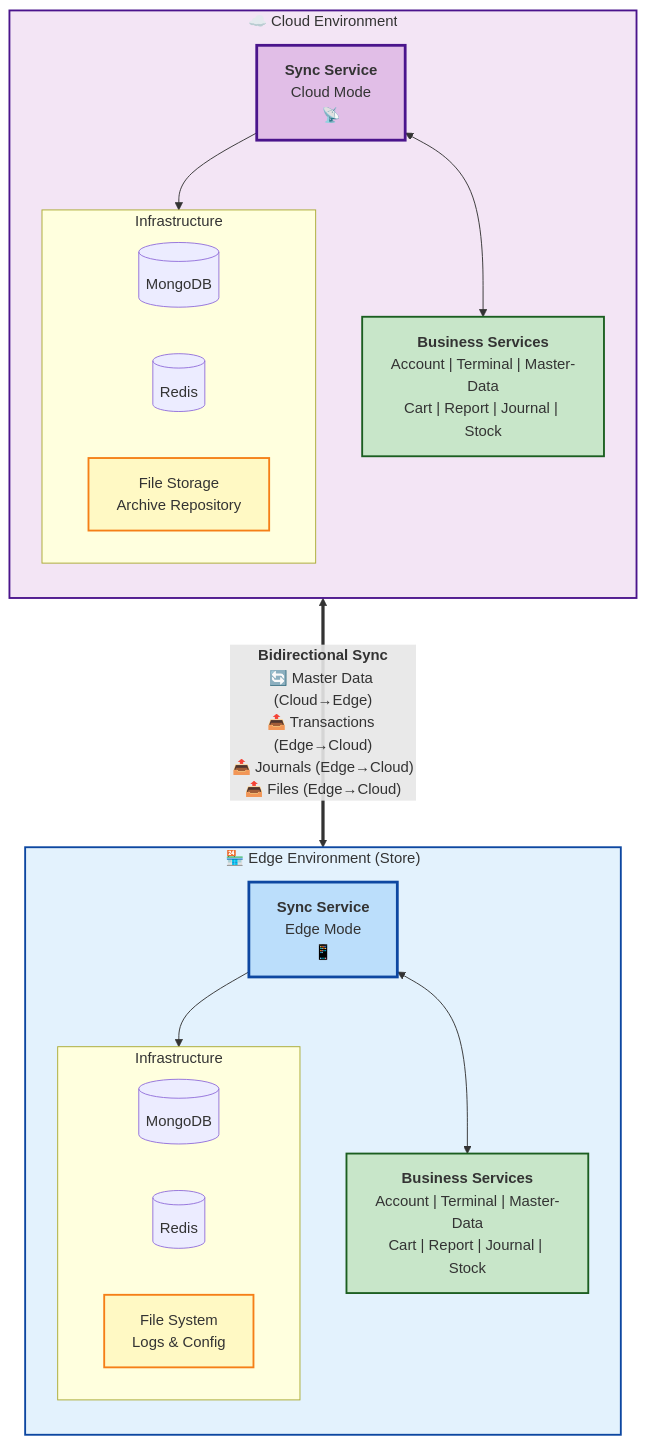
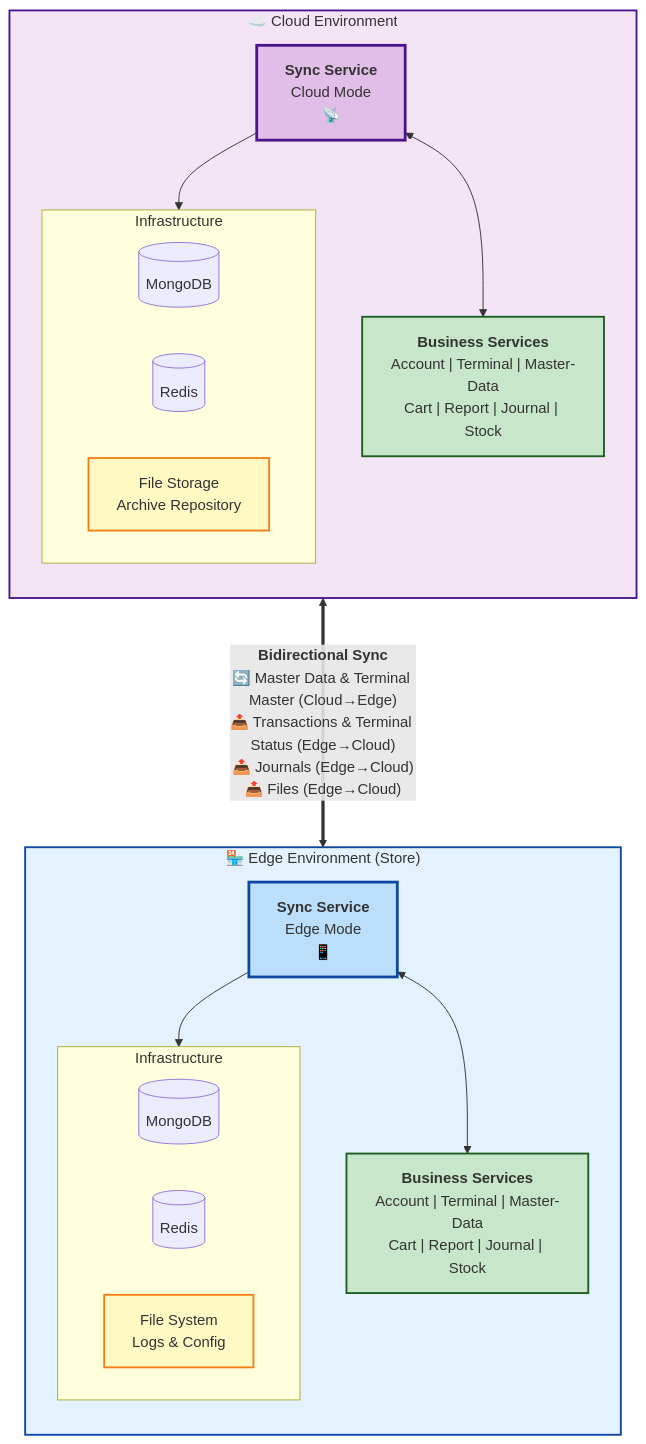
One commit to gaocuiping/kugelpos-stpos-docs-new changed the first of 23 diagrams in notes/1-sync/03_アーキテクチャー解説書.md. Above: the diagram before and after it, drawn with Mermaid. The commit also changed other lines of this file, not shown here.

First line of the commit message:
Update architecture document to match terminal data redefinition

````diff
--- a/notes/1-sync/03_アーキテクチャー解説書.md
+++ b/notes/1-sync/03_アーキテクチャー解説書.md
@@ -11,47 +11,47 @@
 ```mermaid
 graph TB
     subgraph Cloud["☁️ Cloud Environment"]
         direction TB
         CloudSync[<b>Sync Service</b><br/>Cloud Mode<br/>📡]
 
         subgraph CloudInfra["Infrastructure"]
             direction LR
             CloudDB[(MongoDB)]
             CloudRedis[(Redis)]
             CloudStorage[File Storage<br/>Archive Repository]
         end
 
         CloudServices["<b>Business Services</b><br/>Account | Terminal | Master-Data<br/>Cart | Report | Journal | Stock"]
 
         CloudSync --> CloudInfra
         CloudSync <--> CloudServices
     end
 
     subgraph Edge["🏪 Edge Environment (Store)"]
         direction TB
         EdgeSync[<b>Sync Service</b><br/>Edge Mode<br/>📱]
 
         subgraph EdgeInfra["Infrastructure"]
             direction LR
             EdgeDB[(MongoDB)]
             EdgeRedis[(Redis)]
             EdgeFS[File System<br/>Logs & Config]
         end
 
         EdgeServices["<b>Business Services</b><br/>Account | Terminal | Master-Data<br/>Cart | Report | Journal | Stock"]
 
         EdgeSync --> EdgeInfra
         EdgeSync <--> EdgeServices
     end
 
-    CloudSync <===>|"<b>Bidirectional Sync</b><br/>🔄 Master Data (Cloud→Edge)<br/>📤 Transactions (Edge→Cloud)<br/>📤 Journals (Edge→Cloud)<br/>📤 Files (Edge→Cloud)"| EdgeSync
+    CloudSync <===>|"<b>Bidirectional Sync</b><br/>🔄 Master Data & Terminal Master (Cloud→Edge)<br/>📤 Transactions & Terminal Status (Edge→Cloud)<br/>📤 Journals (Edge→Cloud)<br/>📤 Files (Edge→Cloud)"| EdgeSync
 
     style CloudSync fill:#e1bee7,stroke:#4a148c,stroke-width:3px
     style EdgeSync fill:#bbdefb,stroke:#0d47a1,stroke-width:3px
     style CloudServices fill:#c8e6c9,stroke:#1b5e20,stroke-width:2px
     style EdgeServices fill:#c8e6c9,stroke:#1b5e20,stroke-width:2px
     style Cloud fill:#f3e5f5,stroke:#4a148c,stroke-width:2px
     style Edge fill:#e3f2fd,stroke:#0d47a1,stroke-width:2px
     style CloudStorage fill:#fff9c4,stroke:#f57f17,stroke-width:2px
     style EdgeFS fill:#fff9c4,stroke:#f57f17,stroke-width:2px
 ```
````
